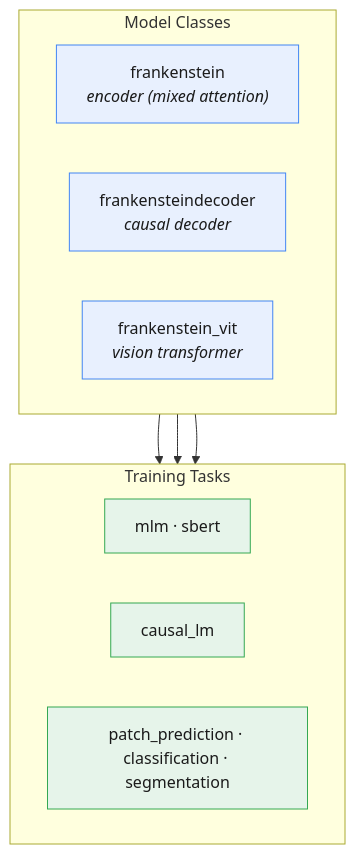
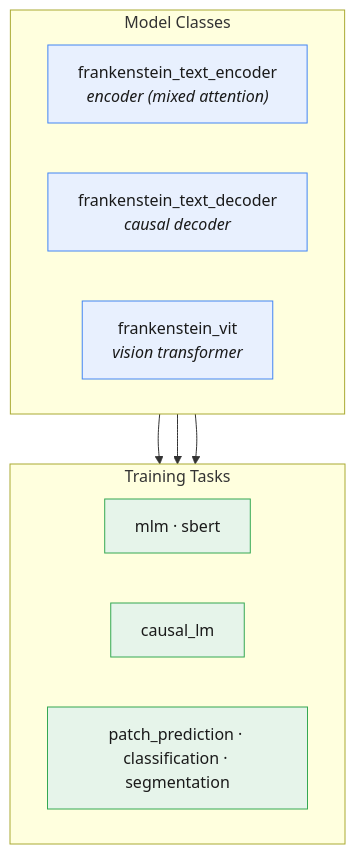
One commit to erickfmm/frankenstein-transformer changed the second of 2 diagrams in README.md. Above: the diagram before and after it, drawn with Mermaid. The commit also changed other lines of this file and 159 other files, not shown here.

````diff
--- a/README.md
+++ b/README.md
@@ -45,25 +45,25 @@
 ```mermaid
 flowchart TB
     subgraph CLASSES["Model Classes"]
         direction LR
-        E["frankenstein<br/><i>encoder (mixed attention)</i>"]
-        D["frankensteindecoder<br/><i>causal decoder</i>"]
+        E["frankenstein_text_encoder<br/><i>encoder (mixed attention)</i>"]
+        D["frankenstein_text_decoder<br/><i>causal decoder</i>"]
         V["frankenstein_vit<br/><i>vision transformer</i>"]
     end
     subgraph TASKS["Training Tasks"]
         direction LR
         T1["mlm · sbert"]
         T2["causal_lm"]
         T3["patch_prediction · classification · segmentation"]
     end
     E --> T1
     D --> T2
     V --> T3
 
     style E fill:#e8f0fe,stroke:#4285f4,color:#1a1a1a
     style D fill:#e8f0fe,stroke:#4285f4,color:#1a1a1a
     style V fill:#e8f0fe,stroke:#4285f4,color:#1a1a1a
     style T1 fill:#e6f4ea,stroke:#34a853,color:#1a1a1a
     style T2 fill:#e6f4ea,stroke:#34a853,color:#1a1a1a
     style T3 fill:#e6f4ea,stroke:#34a853,color:#1a1a1a
 ```
````
